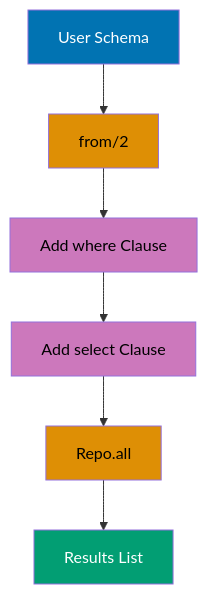
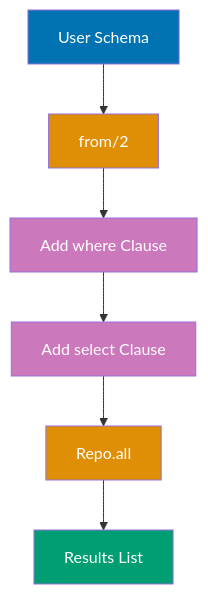
Before and after one commit to wahidyankf/open-sharia-enterprise: the fifth of 10 diagrams in apps/ayokoding-web/content/en/learn/software-engineering/data/tools/elixir-ecto/by-example/beginner.md, drawn with Mermaid. The commit also changed other lines of this file and 61 other files, not shown here.

First line of the commit message:
fix(ayokoding-web): quote Mermaid node labels with special characters in Example 63

````diff
--- a/apps/ayokoding-web/content/en/learn/software-engineering/data/tools/elixir-ecto/by-example/beginner.md
+++ b/apps/ayokoding-web/content/en/learn/software-engineering/data/tools/elixir-ecto/by-example/beginner.md
@@ -845,17 +845,17 @@
 ```mermaid
 %% Color Palette: Blue #0173B2, Orange #DE8F05, Teal #029E73, Purple #CC78BC, Brown #CA9161
 %%  Query Composition Flow
 graph TD
     A[User Schema] --> B[from/2]
     B --> C[Add where Clause]
     C --> D[Add select Clause]
     D --> E[Repo.all]
     E --> F[Results List]
 
     style A fill:#0173B2,color:#fff
-    style B fill:#DE8F05,color:#000
-    style C fill:#CC78BC,color:#000
-    style D fill:#CC78BC,color:#000
-    style E fill:#DE8F05,color:#000
+    style B fill:#DE8F05,color:#fff
+    style C fill:#CC78BC,color:#fff
+    style D fill:#CC78BC,color:#fff
+    style E fill:#DE8F05,color:#fff
     style F fill:#029E73,color:#fff
 ```
````
